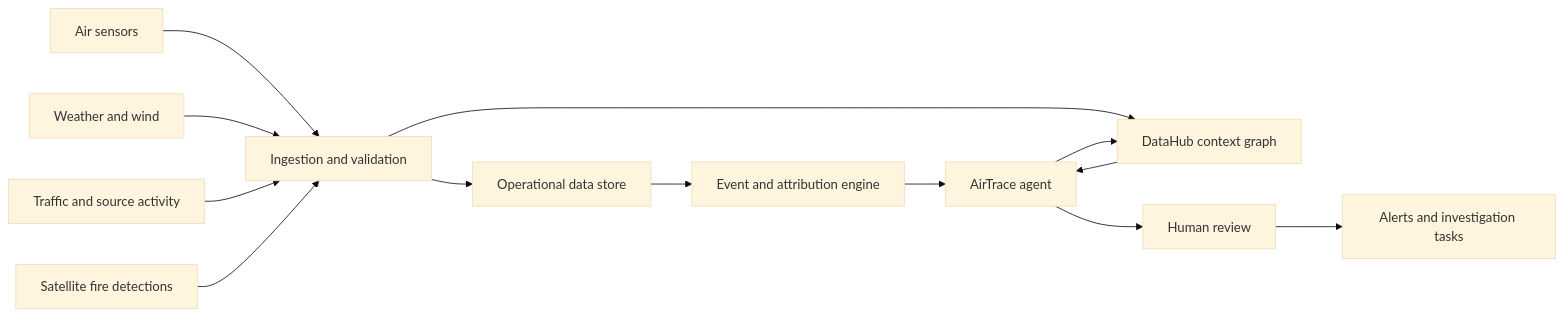
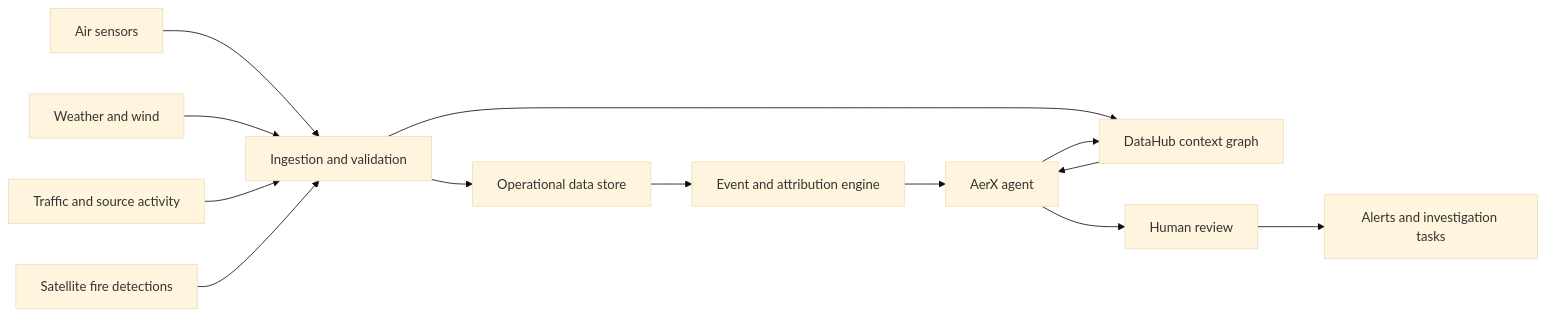
Before and after one commit to lhnminh/air-quality-data-hub: the diagram in README.md, drawn with Mermaid (base theme). The commit also changed other lines of this file and 14 other files, not shown here.

````diff
--- a/README.md
+++ b/README.md
@@ -43,15 +43,15 @@
 ```mermaid
 flowchart LR
     A["Air sensors"] --> E["Ingestion and validation"]
     B["Weather and wind"] --> E
     C["Traffic and source activity"] --> E
     D["Satellite fire detections"] --> E
     E --> F["Operational data store"]
     E --> G["DataHub context graph"]
     F --> H["Event and attribution engine"]
-    G --> I["AirTrace agent"]
+    G --> I["AerX agent"]
     H --> I
     I --> J["Human review"]
     J --> K["Alerts and investigation tasks"]
     I --> G
 ```
````
